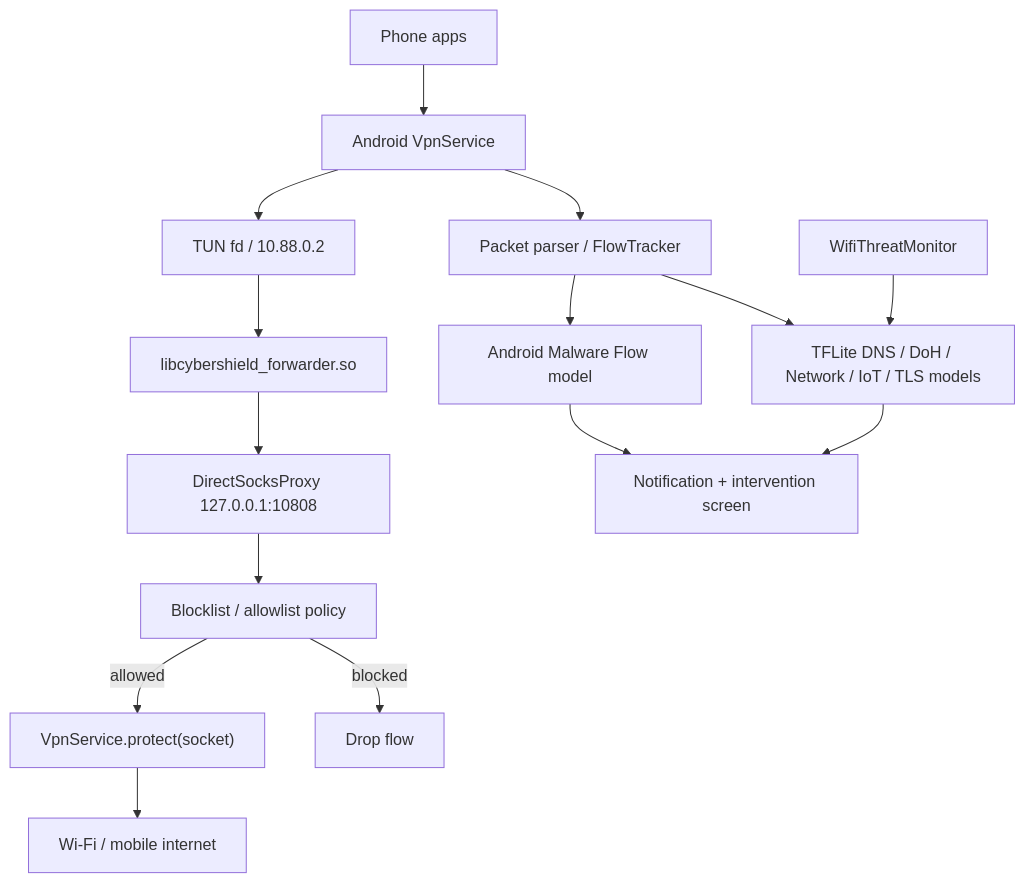
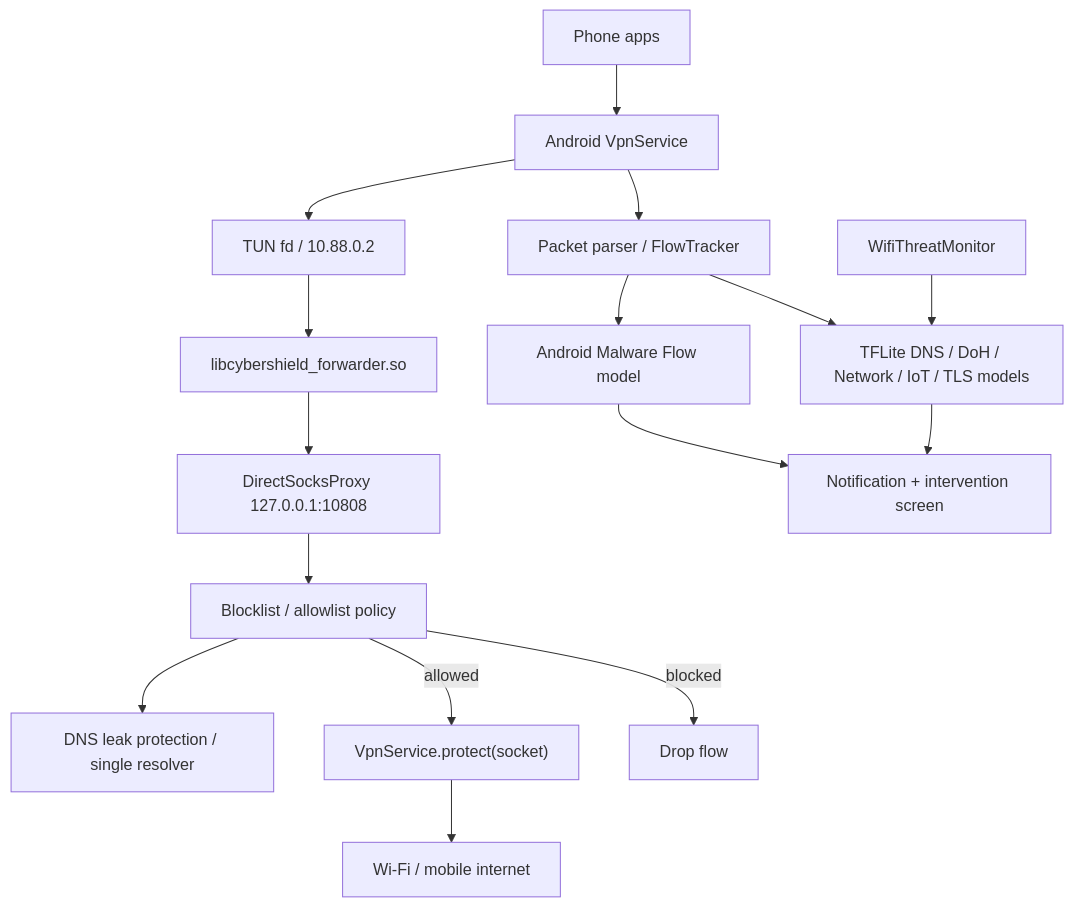
Before and after one commit to chefvolkan53-ctrl/CyberShieldAndroid: the diagram in docs/DEFENSE_ARCHITECTURE.md, drawn with Mermaid. The commit also changed other lines of this file and 8 other files, not shown here.

Commit message:
Add DNS leak protection mode

````diff
--- a/docs/DEFENSE_ARCHITECTURE.md
+++ b/docs/DEFENSE_ARCHITECTURE.md
@@ -60,17 +61,18 @@
 ```mermaid
 flowchart TD
     Apps["Phone apps"] --> AndroidVpn["Android VpnService"]
     AndroidVpn --> Tun["TUN fd / 10.88.0.2"]
     Tun --> Native["libcybershield_forwarder.so"]
     Native --> Socks["DirectSocksProxy 127.0.0.1:10808"]
     Socks --> Policy["Blocklist / allowlist policy"]
+    Policy --> DnsGuard["DNS leak protection / single resolver"]
     Policy -->|allowed| Protect["VpnService.protect(socket)"]
     Policy -->|blocked| Drop["Drop flow"]
     Protect --> Internet["Wi-Fi / mobile internet"]
     AndroidVpn --> Parser["Packet parser / FlowTracker"]
     Parser --> Models["TFLite DNS / DoH / Network / IoT / TLS models"]
     Parser --> AndroidFlow["Android Malware Flow model"]
     Wifi["WifiThreatMonitor"] --> Models
     AndroidFlow --> Intervention
     Models --> Intervention["Notification + intervention screen"]
 ```
````
